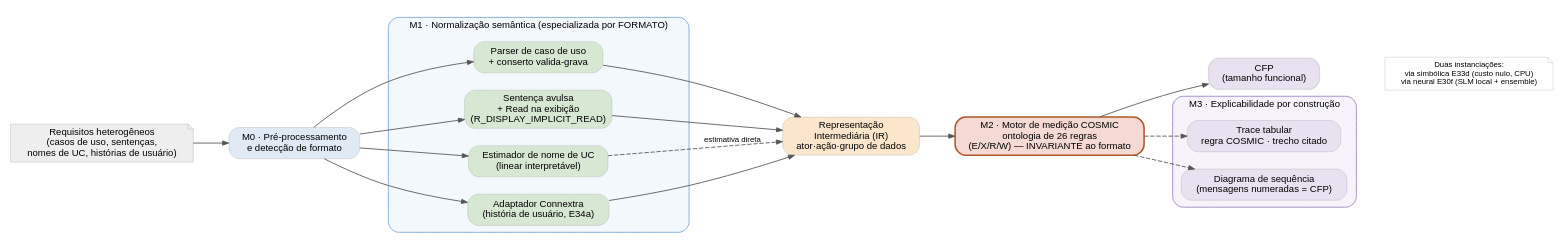
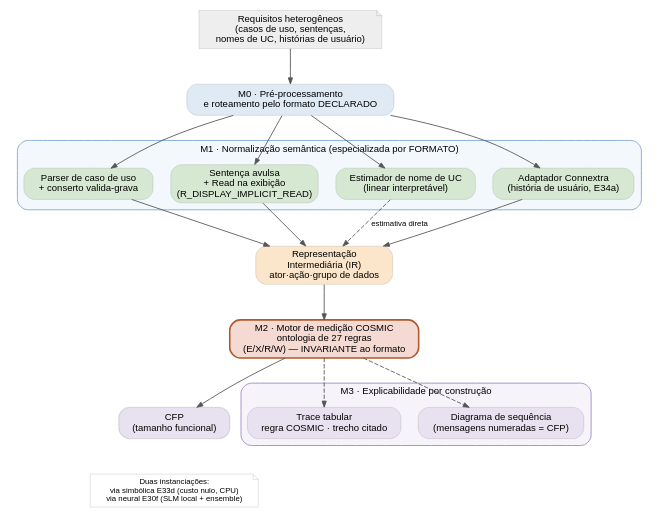
Before and after one commit to NathanaelCarauna/cosmic-hybrid-xai: the diagram in scripts/figures/diagrams/d1_arquitetura_hybridxai.dot, drawn with Graphviz. The commit also changed 103 other files, not shown here.

```diff
--- a/scripts/figures/diagrams/d1_arquitetura_hybridxai.dot
+++ b/scripts/figures/diagrams/d1_arquitetura_hybridxai.dot
@@ -1,47 +1,47 @@
 // D1 — Arquitetura do framework Hybrid-XAI (visão geral).
 // Núcleo INVARIANTE (M2 motor de regras + M3 explicabilidade); apenas a
 // normalização (M1) é especializada por formato. Render: build_diagrams.sh
 digraph hybridxai {
-  rankdir=LR;
+  rankdir=TB;
   fontname="Helvetica";
   node [fontname="Helvetica", fontsize=11, shape=box, style="rounded,filled", color="#33333322", penwidth=1.1];
   edge [fontname="Helvetica", fontsize=9, color="#555555", arrowsize=0.7];
   nodesep=0.28; ranksep=0.55;
 
   in [label="Requisitos heterogêneos\n(casos de uso, sentenças,\nnomes de UC, histórias de usuário)", fillcolor="#eeeeee", shape=note];
 
-  m0 [label="M0 · Pré-processamento\ne detecção de formato", fillcolor="#dfeaf5"];
+  m0 [label="M0 · Pré-processamento\ne roteamento pelo formato DECLARADO", fillcolor="#dfeaf5"];
 
   subgraph cluster_m1 {
     label="M1 · Normalização semântica (especializada por FORMATO)";
     fontname="Helvetica"; fontsize=11; color="#7aa6d6"; style="rounded"; bgcolor="#f3f8fd";
     n_uc   [label="Parser de caso de uso\n+ conserto valida-grava", fillcolor="#d7e8d2"];
     n_sent [label="Sentença avulsa\n+ Read na exibição\n(R_DISPLAY_IMPLICIT_READ)", fillcolor="#d7e8d2"];
     n_name [label="Estimador de nome de UC\n(linear interpretável)", fillcolor="#d7e8d2"];
     n_us   [label="Adaptador Connextra\n(história de usuário, E34a)", fillcolor="#d7e8d2"];
   }
 
   ir [label="Representação\nIntermediária (IR)\nator·ação·grupo de dados", fillcolor="#fbe6cc", shape=box];
 
-  m2 [label="M2 · Motor de medição COSMIC\nontologia de 26 regras\n(E/X/R/W) — INVARIANTE ao formato", fillcolor="#f5d9d3", penwidth=1.8, color="#b05a2a"];
+  m2 [label="M2 · Motor de medição COSMIC\nontologia de 27 regras\n(E/X/R/W) — INVARIANTE ao formato", fillcolor="#f5d9d3", penwidth=1.8, color="#b05a2a"];
 
   cfp [label="CFP\n(tamanho funcional)", fillcolor="#e8e2f0", shape=box, penwidth=1.4];
 
   subgraph cluster_m3 {
     label="M3 · Explicabilidade por construção";
     fontname="Helvetica"; fontsize=11; color="#9b86c2"; style="rounded"; bgcolor="#f6f3fb";
     trace [label="Trace tabular\nregra COSMIC · trecho citado", fillcolor="#e8e2f0"];
     seq   [label="Diagrama de sequência\n(mensagens numeradas = CFP)", fillcolor="#e8e2f0"];
   }
 
   in -> m0;
   m0 -> n_uc; m0 -> n_sent; m0 -> n_name; m0 -> n_us;
   n_uc -> ir; n_sent -> ir; n_name -> ir [style=dashed, label="estimativa direta"]; n_us -> ir;
   ir -> m2 -> cfp;
   m2 -> trace [style=dashed]; m2 -> seq [style=dashed];
 
   // nota de instanciação
   note [label="Duas instanciações:\nvia simbólica E33d (custo nulo, CPU)\nvia neural E30f (SLM local + ensemble)", shape=note, fillcolor="#ffffff", fontsize=9];
   { rank=sink; note; }
   cfp -> note [style=invis];
 }
```
